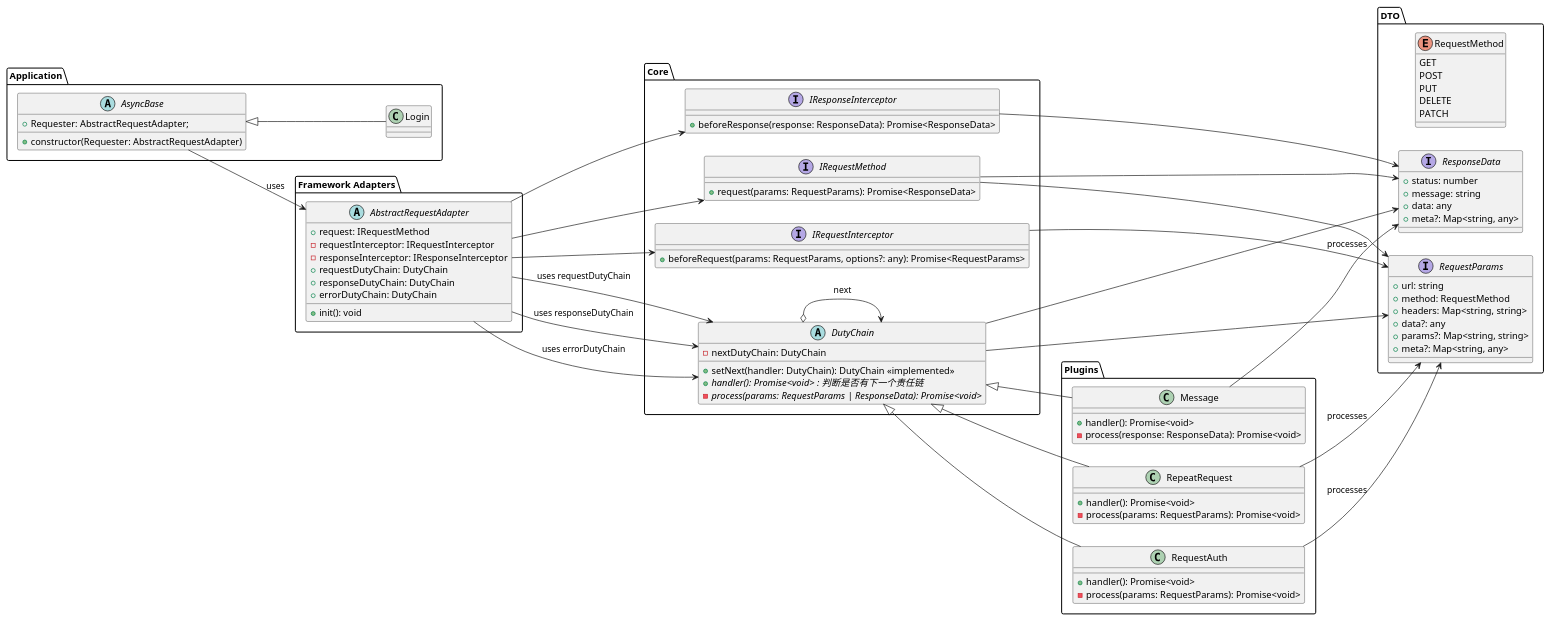
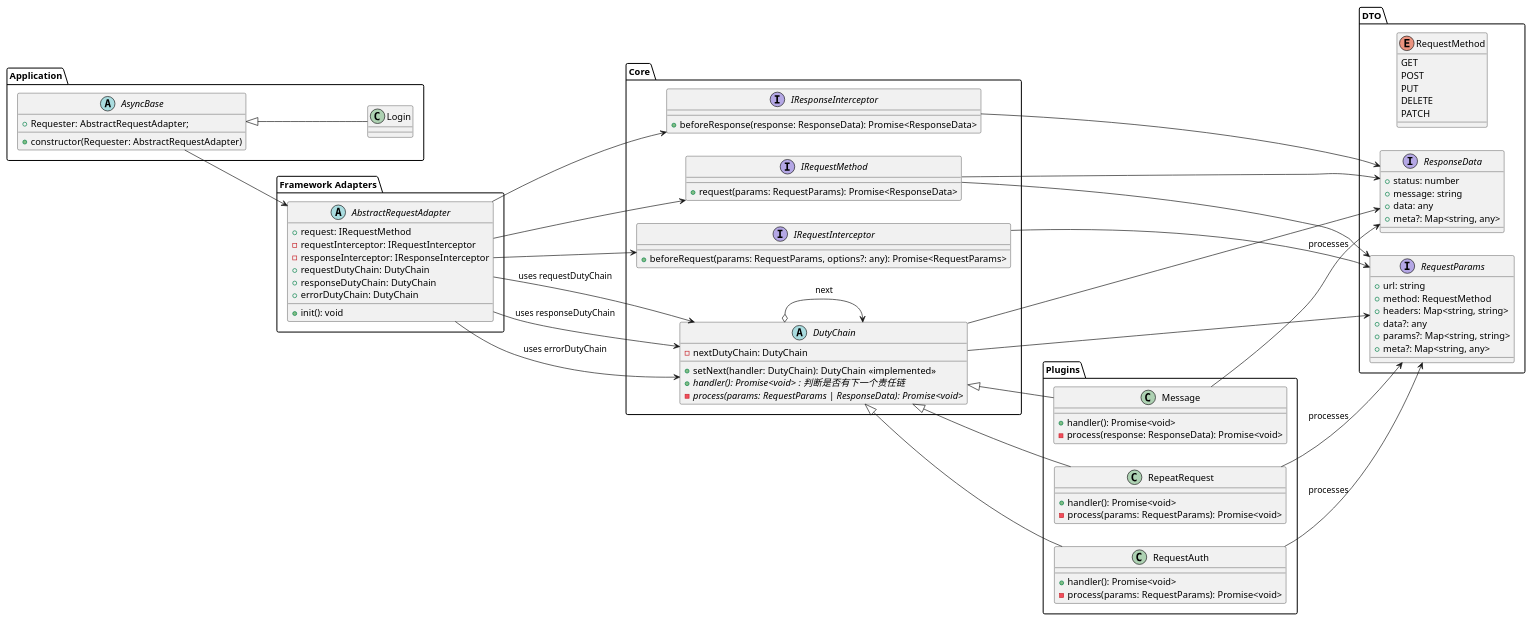
One commit to inksnowhailong/project-templates changed the diagram in AbstractComponents/Request/request.puml. Above: the diagram before and after it, drawn with PlantUML. The commit also changed 6 other files, not shown here.

```diff
--- a/AbstractComponents/Request/request.puml
+++ b/AbstractComponents/Request/request.puml
@@ -1,122 +1,122 @@
 @startuml http数据请求抽象设计
 
 
 left to right direction
 
 ' 数据传输对象（DTO）
 package "DTO" {
     enum "RequestMethod" {
         GET
         POST
         PUT
         DELETE
         PATCH
     }
     interface "RequestParams" {
         +url: string
         +method: RequestMethod
         +headers: Map<string, string>
         +data?: any
         +params?: Map<string, string>
         +meta?: Map<string, any>
     }
     interface "ResponseData" {
         +status: number
         +message: string
         +data: any
         +meta?: Map<string, any>
     }
 }
 
 ' 核心逻辑（Core）
 package "Core" {
     interface "IRequestMethod" {
         +request(params: RequestParams): Promise<ResponseData>
     }
     interface "IRequestInterceptor" {
         +beforeRequest(params: RequestParams, options?: any): Promise<RequestParams>
     }
     interface "IResponseInterceptor" {
         +beforeResponse(response: ResponseData): Promise<ResponseData>
     }
     abstract class "DutyChain" {
         -nextDutyChain: DutyChain
         +setNext(handler: DutyChain): DutyChain <<implemented>>
         +{abstract} handler(): Promise<void> : 判断是否有下一个责任链
         -{abstract} process(params: RequestParams | ResponseData): Promise<void>
     }
 }
 
 ' 适配器（Framework Adapters）
 package "Framework Adapters" {
     abstract class "AbstractRequestAdapter" {
         +request: IRequestMethod
         -requestInterceptor: IRequestInterceptor
         -responseInterceptor: IResponseInterceptor
         +requestDutyChain: DutyChain
         +responseDutyChain: DutyChain
         +errorDutyChain: DutyChain
         +init(): void
     }
 }
 
 ' 插件（Plugins）
 package "Plugins" {
     class "RepeatRequest" {
         +handler(): Promise<void>
         -process(params: RequestParams): Promise<void>
     }
     class "RequestAuth" {
         +handler(): Promise<void>
         -process(params: RequestParams): Promise<void>
     }
     class "Message" {
         +handler(): Promise<void>
         -process(response: ResponseData): Promise<void>
     }
 }
 
 
 package "Application" {
    abstract class AsyncBase {
      +Requester: AbstractRequestAdapter;
      +constructor(Requester: AbstractRequestAdapter)
     }
     ' 示例：登录页面
     class "Login" extends AsyncBase {
     }
 }
 
 
 ' 关系链接
 ' DTO 与 Core 的依赖
 "IRequestMethod" --> "RequestParams"
 "IRequestMethod" --> "ResponseData"
 "IRequestInterceptor" --> "RequestParams"
 "IResponseInterceptor" --> "ResponseData"
 "DutyChain" --> "RequestParams"
 "DutyChain" --> "ResponseData"
 
 ' Core 与 Framework Adapters 的关系
 "AbstractRequestAdapter" --> "IRequestMethod"
 "AbstractRequestAdapter" --> "IRequestInterceptor"
 "AbstractRequestAdapter" --> "IResponseInterceptor"
 "AbstractRequestAdapter" --> "DutyChain" : uses requestDutyChain
 "AbstractRequestAdapter" --> "DutyChain" : uses responseDutyChain
 "AbstractRequestAdapter" --> "DutyChain" : uses errorDutyChain
 
 ' Core 与 Plugins 的继承关系
 "DutyChain" <|-- "RepeatRequest"
 "DutyChain" <|-- "RequestAuth"
 "DutyChain" <|-- "Message"
 
 ' DutyChain 的责任链关系
 "DutyChain" o--> "DutyChain" : next
 
 ' Plugins 与 DTO 的依赖
 "RepeatRequest" --> "RequestParams" : processes
 "RequestAuth" --> "RequestParams" : processes
 "Message" --> "ResponseData" : processes
 ' Application 与 Framework Adapters 的依赖
-"AsyncBase" --> "AbstractRequestAdapter" : uses
+"AsyncBase" --> "AbstractRequestAdapter"
 @enduml
```
